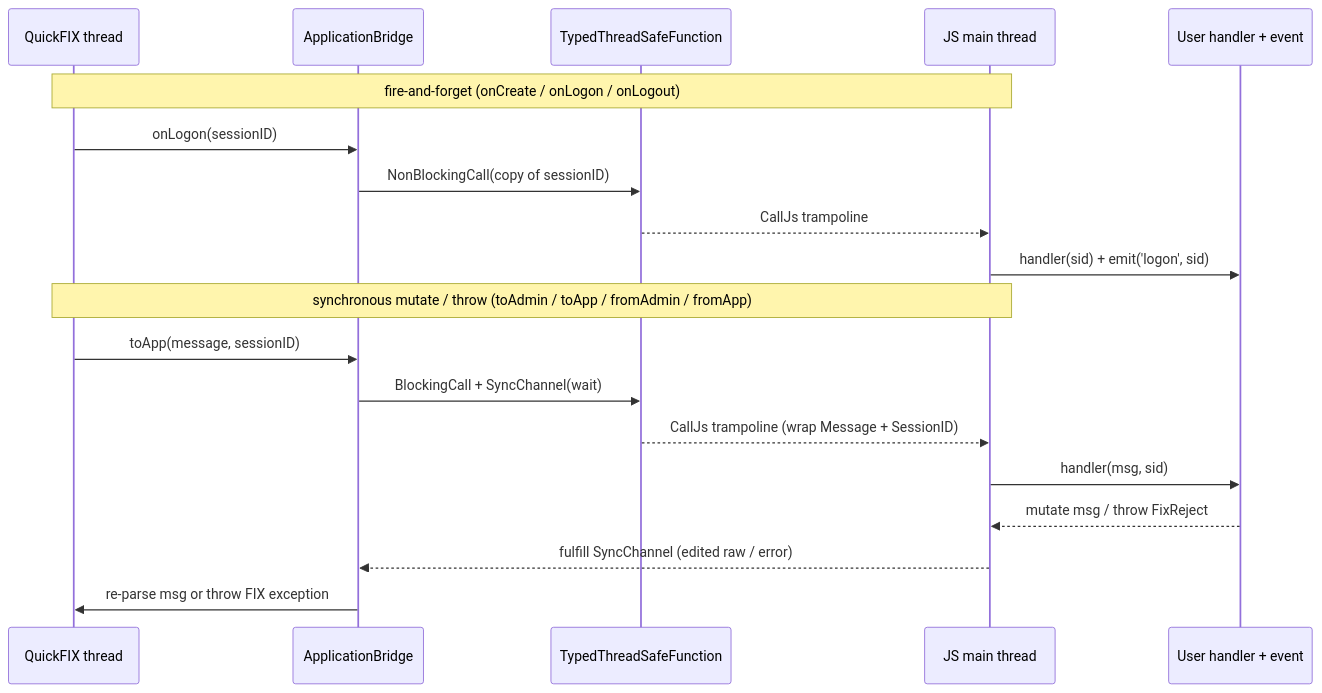
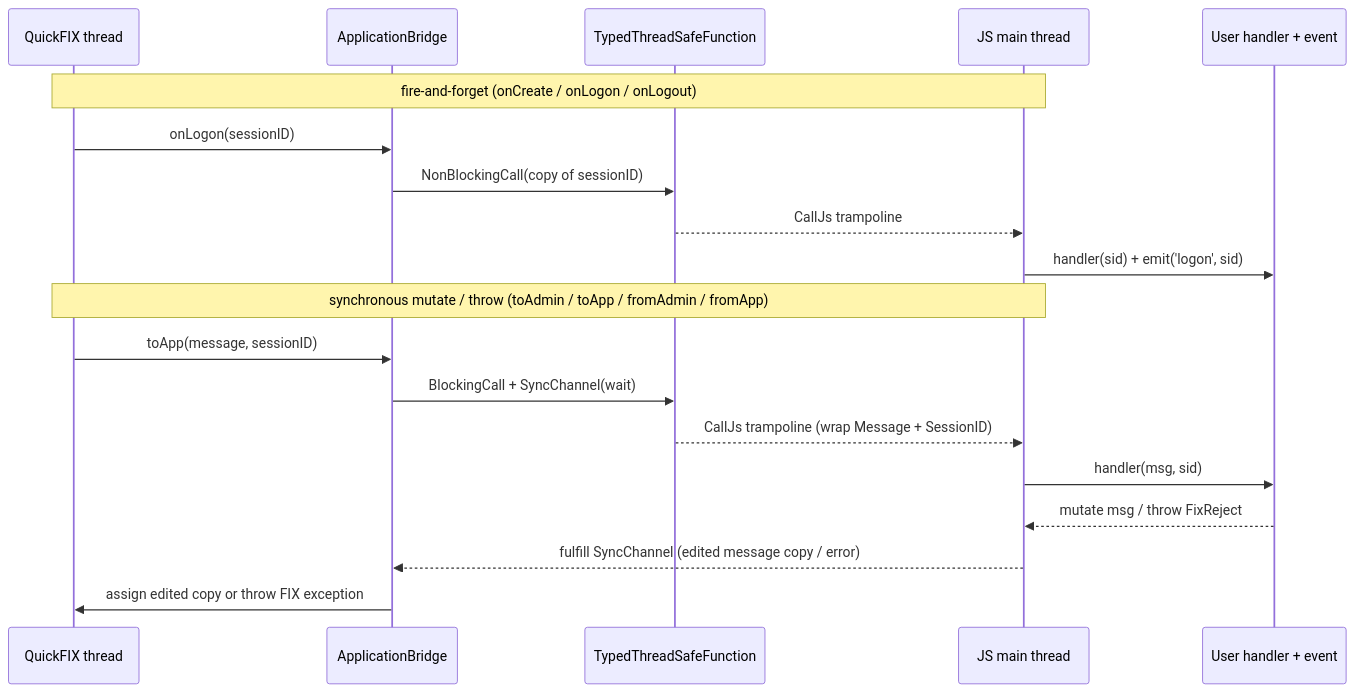
Before and after one commit to homaiohq/napi-quickfix: the fourth of 7 diagrams in ARCHITECTURE.md, drawn with Mermaid. The commit also changed other lines of this file and 23 other files, not shown here.

````diff
--- a/ARCHITECTURE.md
+++ b/ARCHITECTURE.md
@@ -112,23 +112,23 @@
 ```mermaid
 sequenceDiagram
   participant QF as QuickFIX thread
   participant BR as ApplicationBridge
   participant TSFN as TypedThreadSafeFunction
   participant JS as JS main thread
   participant H as User handler + event
 
   Note over QF,JS: fire-and-forget (onCreate / onLogon / onLogout)
   QF->>BR: onLogon(sessionID)
   BR->>TSFN: NonBlockingCall(copy of sessionID)
   TSFN-->>JS: CallJs trampoline
   JS->>H: handler(sid) + emit('logon', sid)
 
   Note over QF,JS: synchronous mutate / throw (toAdmin / toApp / fromAdmin / fromApp)
   QF->>BR: toApp(message, sessionID)
   BR->>TSFN: BlockingCall + SyncChannel(wait)
   TSFN-->>JS: CallJs trampoline (wrap Message + SessionID)
   JS->>H: handler(msg, sid)
   H-->>JS: mutate msg / throw FixReject
-  JS-->>BR: fulfill SyncChannel (edited raw / error)
-  BR->>QF: re-parse msg or throw FIX exception
+  JS-->>BR: fulfill SyncChannel (edited message copy / error)
+  BR->>QF: assign edited copy or throw FIX exception
 ```
````
